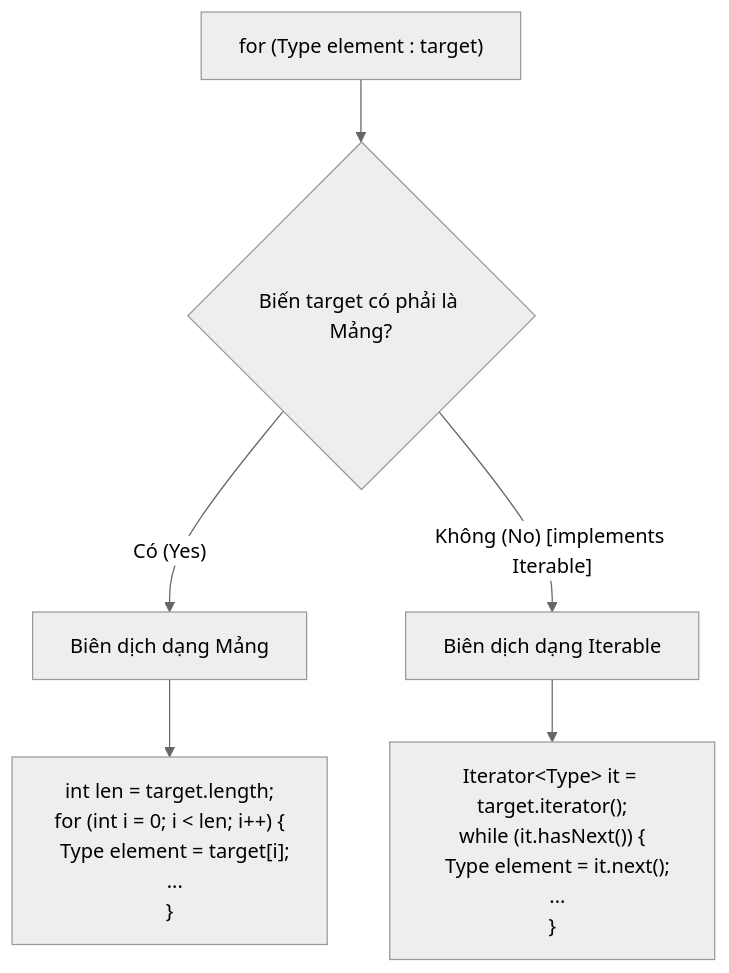
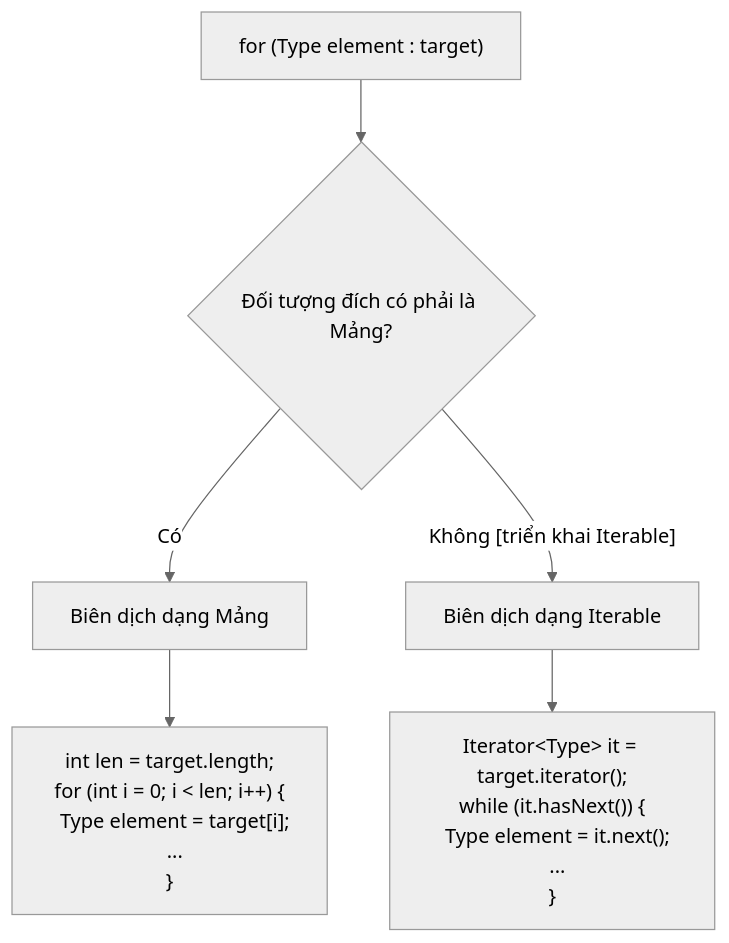
One commit to PhuThien2005/theoretical-of-java-core changed the third of 3 diagrams in vi/06-control-flow/theory/02-loops.md. Above: the diagram before and after it, drawn with Mermaid (neutral theme). The commit also changed other lines of this file and 229 other files, not shown here.

````diff
--- a/vi/06-control-flow/theory/02-loops.md
+++ b/vi/06-control-flow/theory/02-loops.md
@@ -151,8 +145,8 @@
 ```mermaid
 graph TD
-    start["for (Type element : target)"] --> type_check{"Biến target có phải là Mảng?"}
-    type_check -- Có (Yes) --> array_comp["Biên dịch dạng Mảng"]
+    start["for (Type element : target)"] --> type_check{"Đối tượng đích có phải là Mảng?"}
+    type_check -- Có --> array_comp["Biên dịch dạng Mảng"]
     array_comp --> array_sugar["int len = target.length;<br>for (int i = 0; i < len; i++) {<br>&nbsp;&nbsp;Type element = target[i];<br>&nbsp;&nbsp;...<br>}"]
-    type_check -- Không (No) [implements Iterable] --> iter_comp["Biên dịch dạng Iterable"]
+    type_check -- Không [triển khai Iterable] --> iter_comp["Biên dịch dạng Iterable"]
     iter_comp --> iter_sugar["Iterator&lt;Type&gt; it = target.iterator();<br>while (it.hasNext()) {<br>&nbsp;&nbsp;Type element = it.next();<br>&nbsp;&nbsp;...<br>}"]
 ```
````
